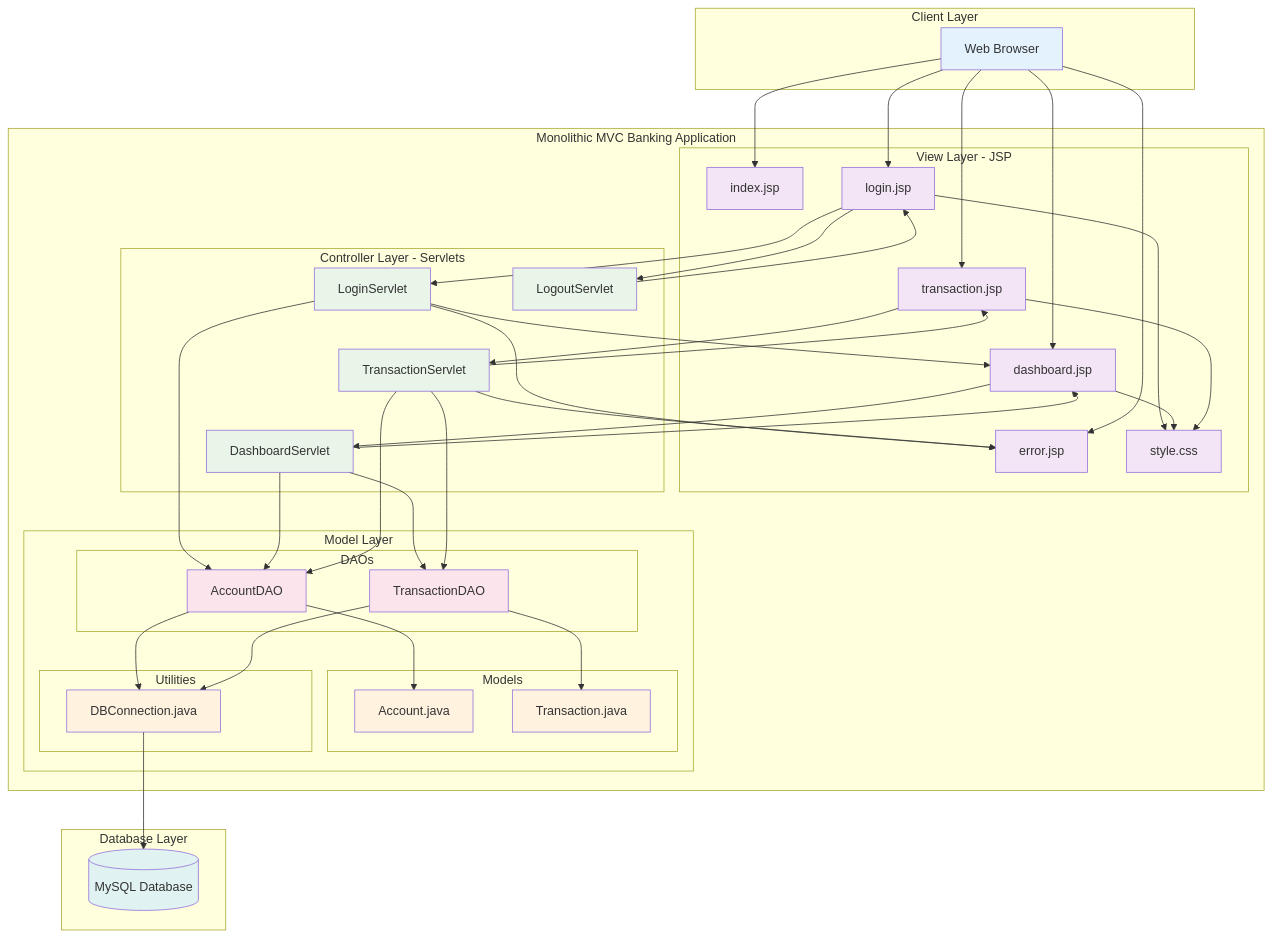
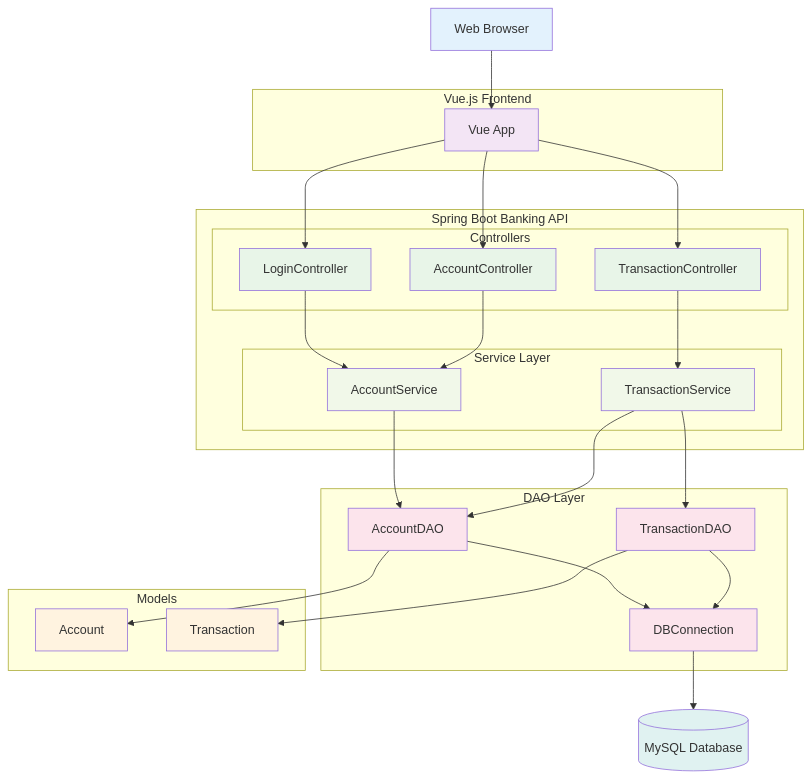
Before and after one commit to RICH0423/banking-app: the diagram in banking_architecture.mermaid, drawn with Mermaid. The commit also changed 1 other file, not shown here.

Commit message:
Update architecture diagram

```diff
--- a/banking_architecture.mermaid
+++ b/banking_architecture.mermaid
@@ -1,107 +1,76 @@
 graph TB
-    %% Client Layer
-    subgraph "Client Layer"
-        Browser[Web Browser]
+    %% Client
+    Browser[Web Browser]
+
+    %% Frontend
+    subgraph "Vue.js Frontend"
+        VueApp[Vue App]
     end
-    
-    %% Monolithic MVC Application
-    subgraph "Monolithic MVC Banking Application"
-        %% View Layer (JSP)
-        subgraph "View Layer - JSP"
-            INDEX[index.jsp]
-            LOGIN[login.jsp]
-            DASH[dashboard.jsp]
-            TRANS[transaction.jsp]
-            ERROR[error.jsp]
-            CSS[style.css]
+
+    %% Backend
+    subgraph "Spring Boot Banking API"
+        subgraph "Controllers"
+            LoginCtrl[LoginController]
+            AccountCtrl[AccountController]
+            TxnCtrl[TransactionController]
         end
-        
-        %% Controller Layer (Servlets)
-        subgraph "Controller Layer - Servlets"
-            LS[LoginServlet]
-            DS[DashboardServlet]
-            TS[TransactionServlet]
-            LOS[LogoutServlet]
-        end
-        
-        %% Model Layer
-        subgraph "Model Layer"
-            subgraph "DAOs"
-                ADAO[AccountDAO]
-                TDAO[TransactionDAO]
-            end
-            
-            subgraph "Models"
-                ACC[Account.java]
-                TRN[Transaction.java]
-            end
-            
-            subgraph "Utilities"
-                DBC[DBConnection.java]
-            end
+        subgraph "Service Layer"
+            AccountService
+            TransactionService
         end
     end
-    
-    %% Database Layer
-    subgraph "Database Layer"
-        MySQL[(MySQL Database)]
+
+    %% Data Access
+    subgraph "DAO Layer"
+        ADAO[AccountDAO]
+        TDAO[TransactionDAO]
+        DBC[DBConnection]
     end
-    
-    %% Request Flow
-    Browser --> INDEX
-    Browser --> LOGIN
-    Browser --> DASH
-    Browser --> TRANS
-    Browser --> ERROR
-    
-    %% Static Resources
-    LOGIN --> CSS
-    DASH --> CSS
-    TRANS --> CSS
-    
-    %% JSP to Servlets
-    LOGIN --> LS
-    DASH --> DS
-    TRANS --> TS
-    LOGIN --> LOS
-    
-    %% Servlet Response to JSP
-    LS --> DASH
-    LS --> ERROR
-    DS --> DASH
-    TS --> TRANS
-    TS --> ERROR
-    LOS --> LOGIN
-    
-    %% Servlets to DAOs
-    LS --> ADAO
-    DS --> ADAO
-    DS --> TDAO
-    TS --> ADAO
-    TS --> TDAO
-    
-    %% DAOs use Models
+
+    %% Model Layer
+    subgraph "Models"
+        ACC[Account]
+        TRN[Transaction]
+    end
+
+    MySQL[(MySQL Database)]
+
+    %% Flow
+    Browser --> VueApp
+    VueApp --> LoginCtrl
+    VueApp --> AccountCtrl
+    VueApp --> TxnCtrl
+
+    LoginCtrl --> AccountService
+    AccountCtrl --> AccountService
+    TxnCtrl --> TransactionService
+
+    AccountService --> ADAO
+    TransactionService --> ADAO
+    TransactionService --> TDAO
+
     ADAO --> ACC
     TDAO --> TRN
-    
-    %% DAOs use DB Connection
+
     ADAO --> DBC
     TDAO --> DBC
-    
-    %% DB Connection to MySQL
+
     DBC --> MySQL
-    
+
     %% Styling
     classDef client fill:#e3f2fd
     classDef view fill:#f3e5f5
     classDef controller fill:#e8f5e8
+    classDef service fill:#f1f8e9
     classDef model fill:#fff3e0
     classDef dao fill:#fce4ec
     classDef database fill:#e0f2f1
-    
+
     class Browser client
-    class INDEX,LOGIN,DASH,TRANS,ERROR,CSS view
-    class LS,DS,TS,LOS controller
-    class ACC,TRN,DBC model
+    class VueApp view
+    class LoginCtrl,AccountCtrl,TxnCtrl controller
+    class AccountService,TransactionService service
+    class ACC,TRN model
     class ADAO,TDAO dao
+    class DBC dao
     class MySQL database
```
